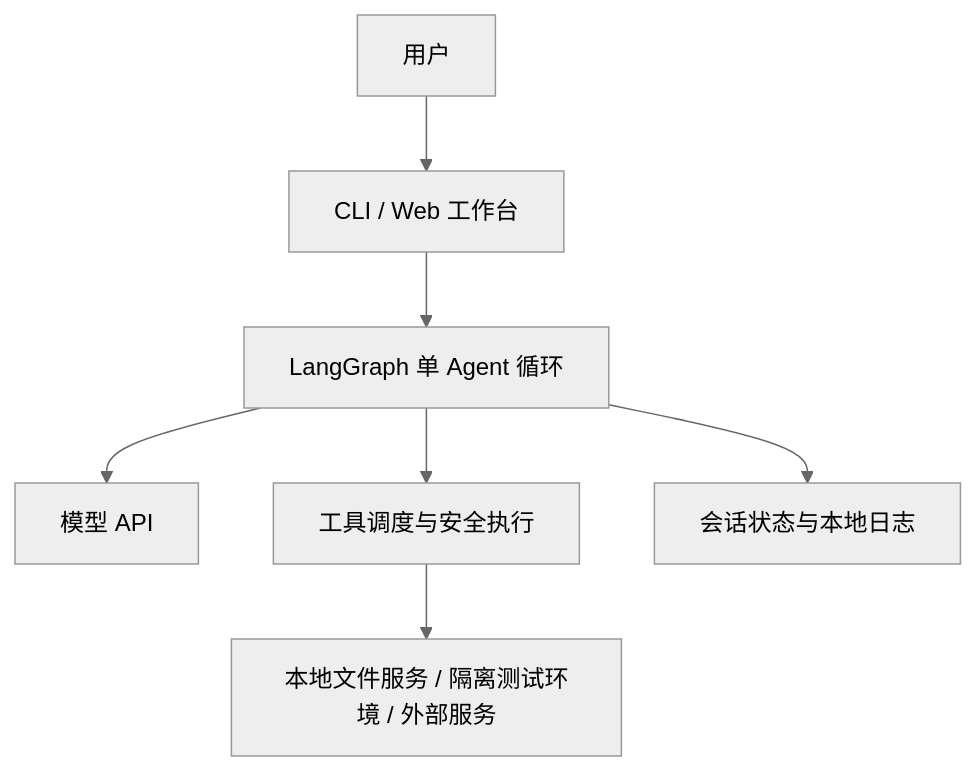
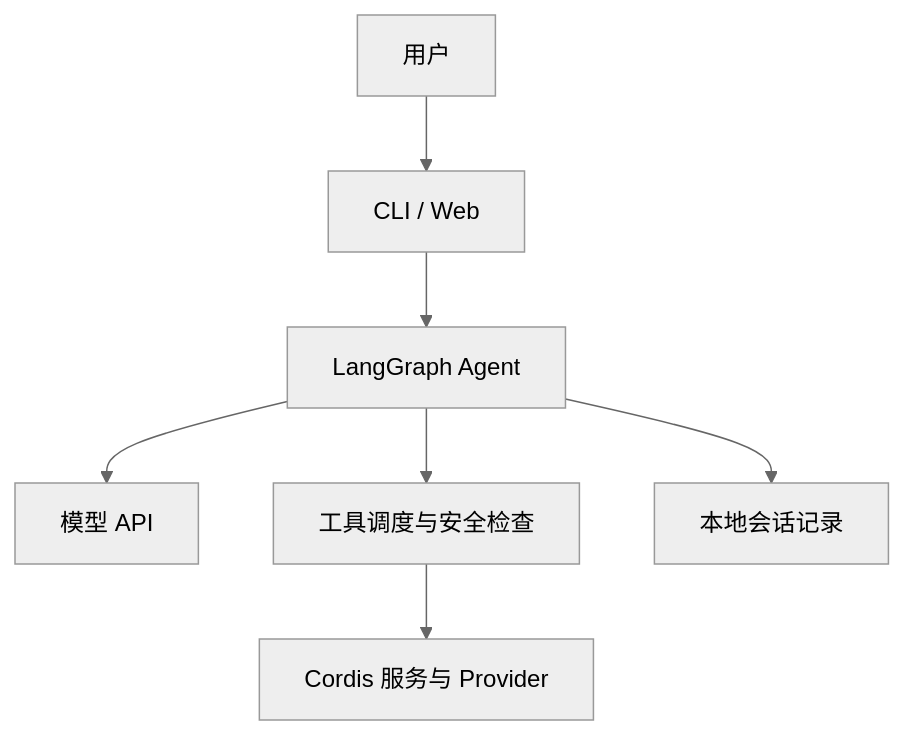
Before and after one commit to Norway-Norge/SA: the first of 2 diagrams in README.md, drawn with Mermaid (neutral theme). The commit also changed other lines of this file, not shown here.

````diff
--- a/README.md
+++ b/README.md
@@ -123,9 +52,9 @@
 ```mermaid
 flowchart TD
-    User[用户] --> Entry[CLI / Web 工作台]
-    Entry --> Agent[LangGraph 单 Agent 循环]
+    User[用户] --> UI[CLI / Web]
+    UI --> Agent[LangGraph Agent]
     Agent --> Model[模型 API]
-    Agent --> Dispatcher[工具调度与安全执行]
-    Dispatcher --> Runtime[本地文件服务 / 隔离测试环境 / 外部服务]
-    Agent --> Session[会话状态与本地日志]
+    Agent --> Dispatcher[工具调度与安全检查]
+    Dispatcher --> Services[Cordis 服务与 Provider]
+    Agent --> Session[本地会话记录]
 ```
````
